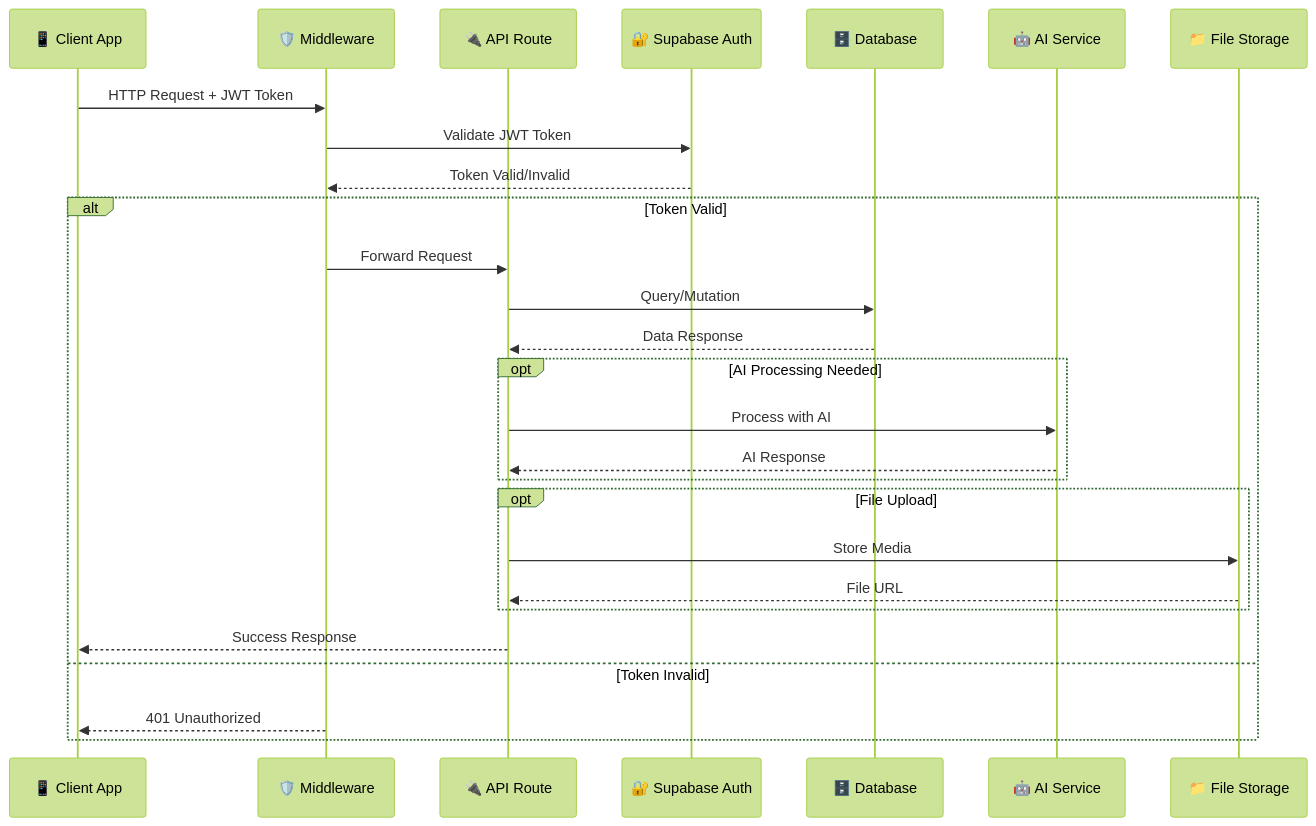
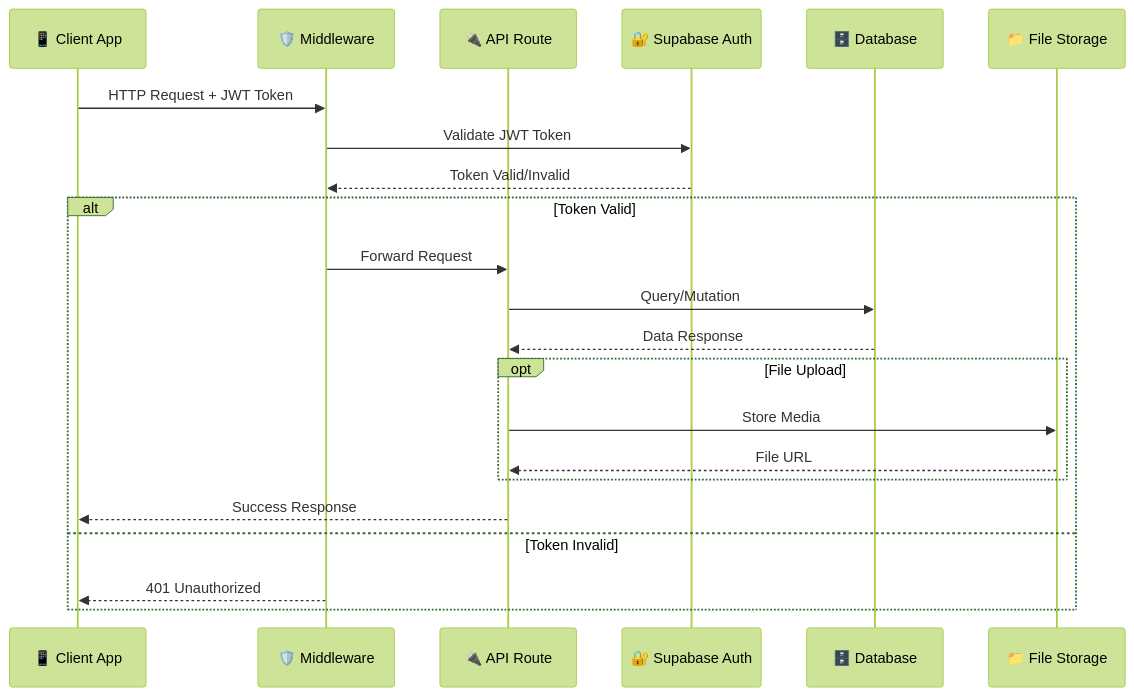
One commit to te-khang-nguyen/fork_Travel_buddy changed the third of 5 diagrams in README.md. Above: the diagram before and after it, drawn with Mermaid (forest theme). The commit also changed other lines of this file and 1 other file, not shown here.

````diff
--- a/README.md
+++ b/README.md
@@ -179,34 +166,28 @@
 ```mermaid
 sequenceDiagram
     participant Client as 📱 Client App
     participant MW as 🛡️ Middleware
     participant API as 🔌 API Route
     participant Auth as 🔐 Supabase Auth
     participant DB as 🗄️ Database
-    participant AI as 🤖 AI Service
     participant Storage as 📁 File Storage
     
     Client->>MW: HTTP Request + JWT Token
     MW->>Auth: Validate JWT Token
     Auth-->>MW: Token Valid/Invalid
     
     alt Token Valid
         MW->>API: Forward Request
         API->>DB: Query/Mutation
         DB-->>API: Data Response
         
-        opt AI Processing Needed
-            API->>AI: Process with AI
-            AI-->>API: AI Response
-        end
-        
         opt File Upload
             API->>Storage: Store Media
             Storage-->>API: File URL
         end
         
         API-->>Client: Success Response
     else Token Invalid
         MW-->>Client: 401 Unauthorized
     end
 ```
````
